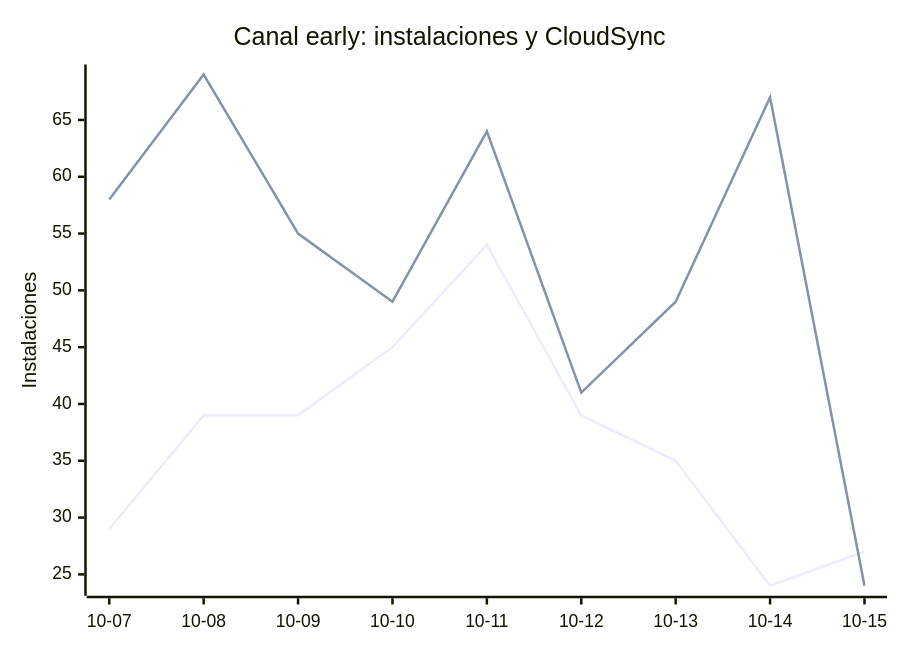
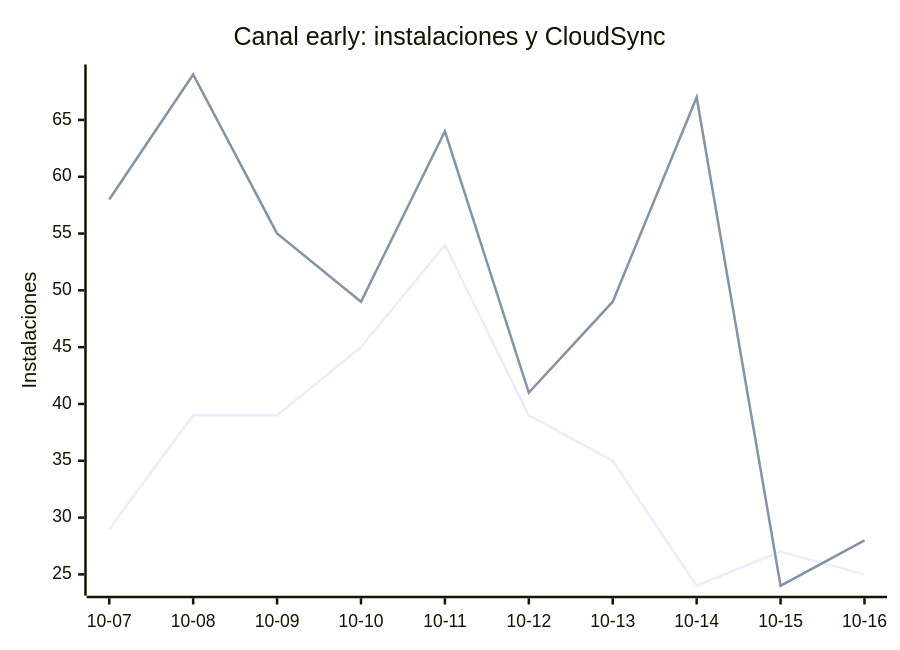
The eighth of 8 diagrams in README.md (EmuDeck/stats), drawn with Mermaid before and after one commit. The commit also changed other lines of this file and 2 other files, not shown here.

````diff
--- a/README.md
+++ b/README.md
@@ -102,8 +102,8 @@
 ```mermaid
 xychart-beta
     title "Canal early: instalaciones y CloudSync"
-    x-axis ["10-07", "10-08", "10-09", "10-10", "10-11", "10-12", "10-13", "10-14", "10-15"]
+    x-axis ["10-07", "10-08", "10-09", "10-10", "10-11", "10-12", "10-13", "10-14", "10-15", "10-16"]
     y-axis "Instalaciones"
-    line [29, 39, 39, 45, 54, 39, 35, 24, 27]
-    line [58, 69, 55, 49, 64, 41, 49, 67, 24]
+    line [29, 39, 39, 45, 54, 39, 35, 24, 27, 25]
+    line [58, 69, 55, 49, 64, 41, 49, 67, 24, 28]
 ```
````
